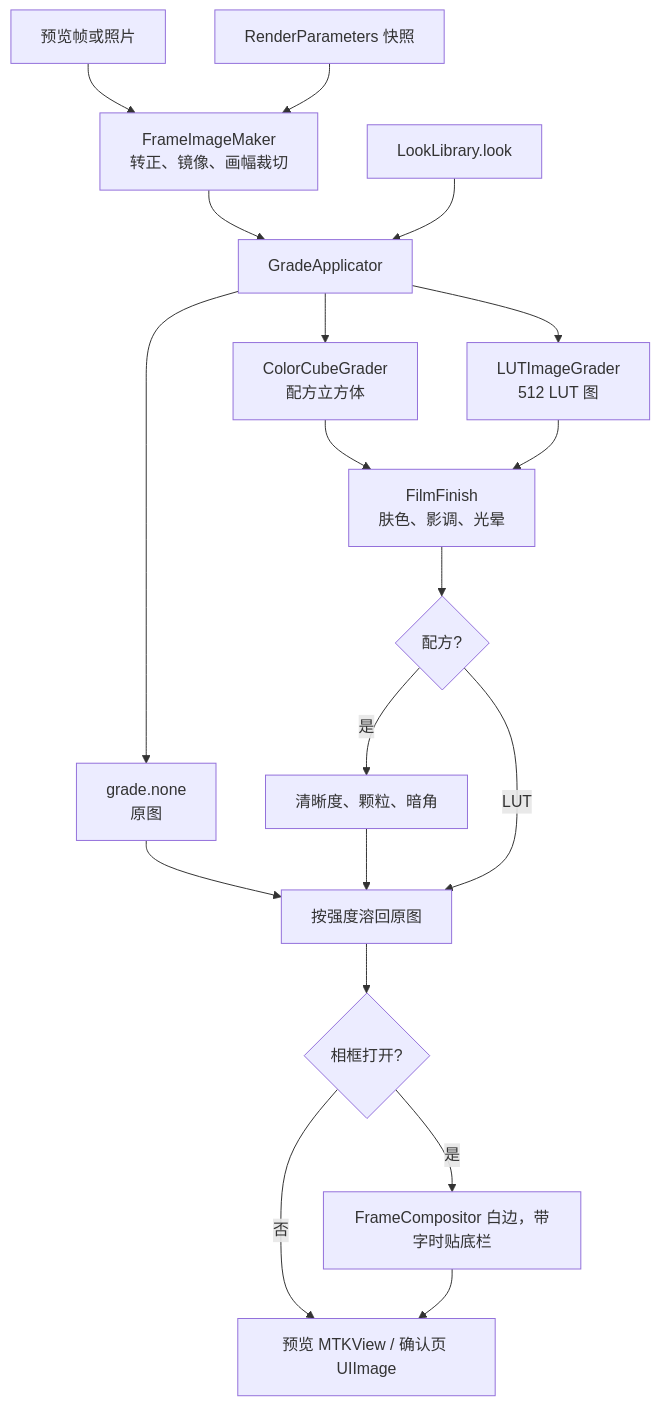
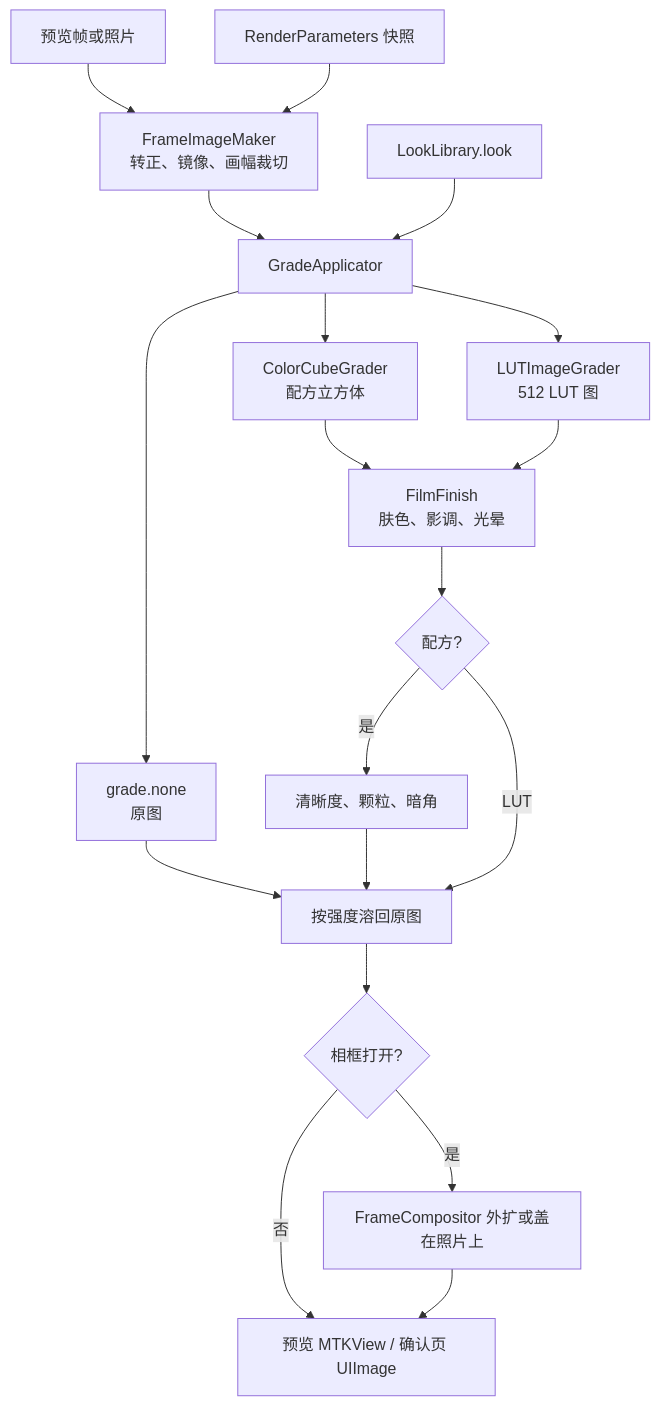
Before and after one commit to zhe-ma/angie-filter: the third of 6 diagrams in design/architecture.md, drawn with Mermaid. The commit also changed 11 other files, not shown here.

````diff
--- a/design/architecture.md
+++ b/design/architecture.md
@@ -80,21 +80,21 @@
 ```mermaid
 flowchart TB
   frame["预览帧或照片"] --> geo["FrameImageMaker<br/>转正、镜像、画幅裁切"]
   snap["RenderParameters 快照"] --> geo
   geo --> apply["GradeApplicator"]
   lib["LookLibrary.look"] --> apply
   apply --> none["grade.none<br/>原图"]
   apply --> cube["ColorCubeGrader<br/>配方立方体"]
   apply --> lut["LUTImageGrader<br/>512 LUT 图"]
   cube --> finish["FilmFinish<br/>肤色、影调、光晕"]
   lut --> finish
   finish --> spatial{"配方?"}
   spatial -->|是| rest["清晰度、颗粒、暗角"]
   spatial -->|LUT| mix["按强度溶回原图"]
   none --> mix
   rest --> mix
   mix --> border{"相框打开?"}
   border -->|否| out["预览 MTKView / 确认页 UIImage"]
-  border -->|是| frameOut["FrameCompositor 白边，带字时贴底栏"]
+  border -->|是| frameOut["FrameCompositor 外扩或盖在照片上"]
   frameOut --> out
 ```
````
